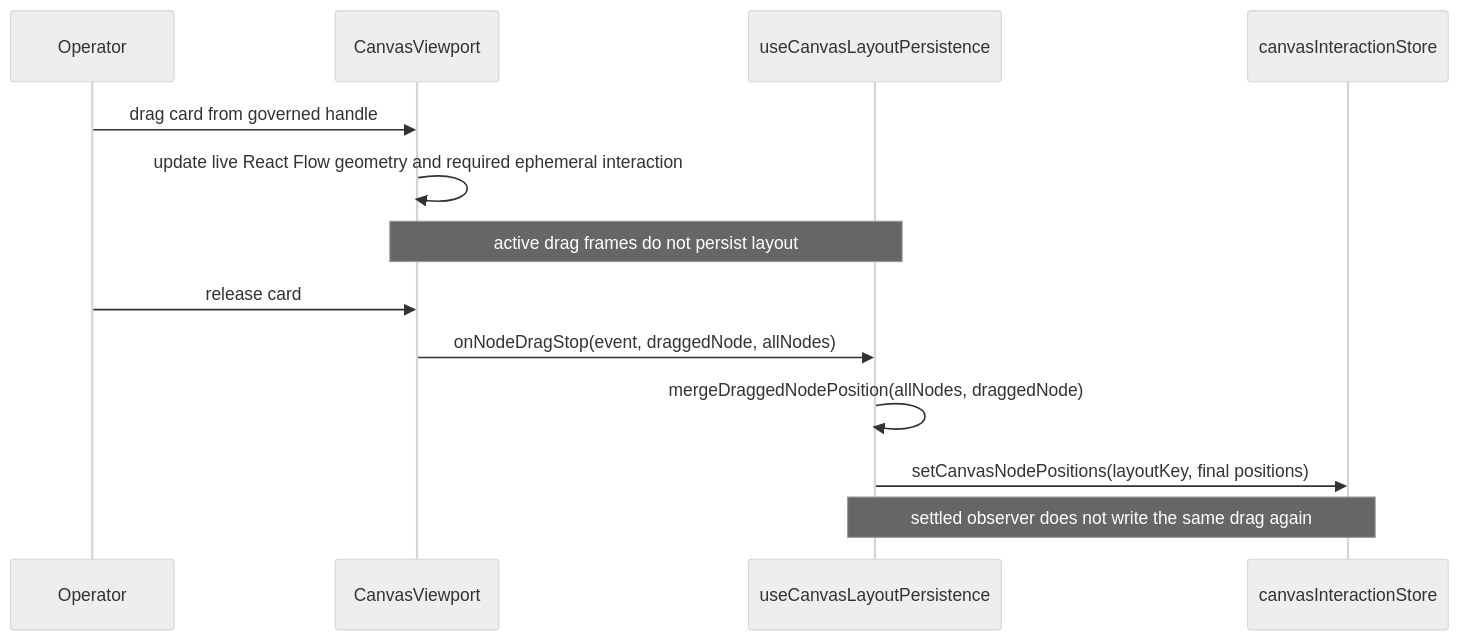
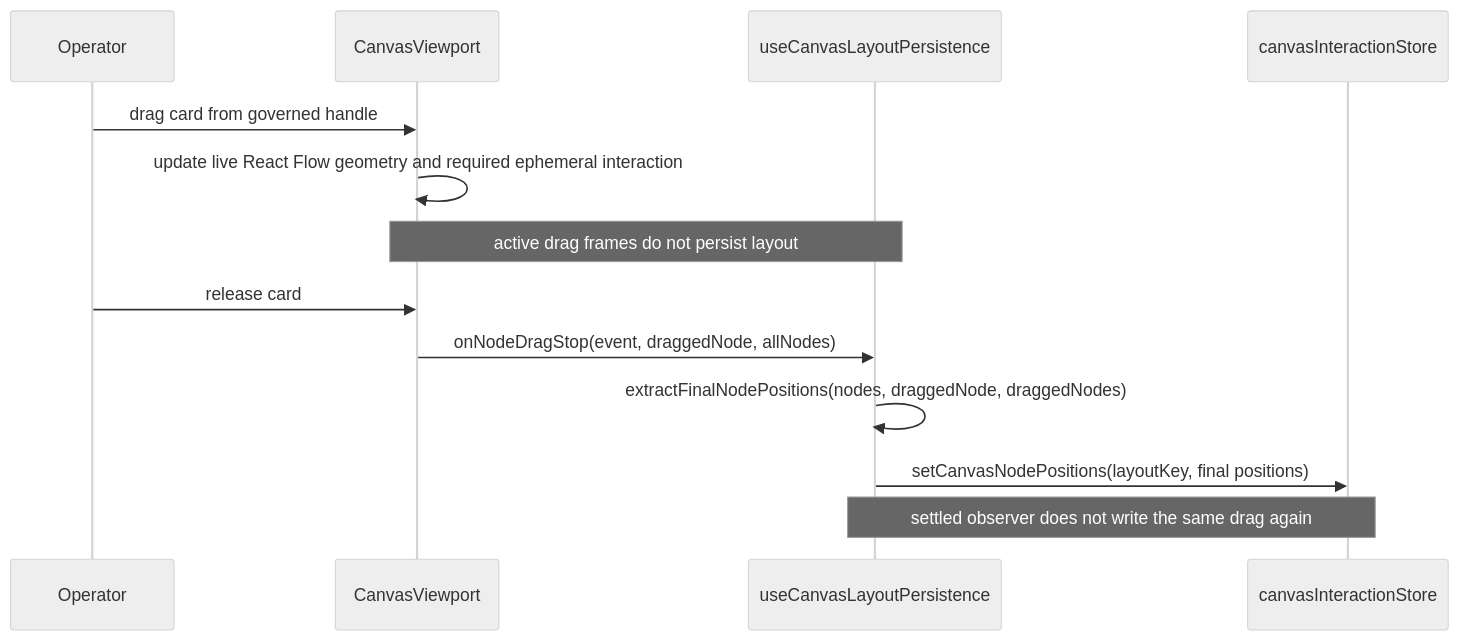
Before and after one commit to dunay2/dvt: the first of 4 diagrams in docs/architecture/components/web/graph/canvas-layout-persistence-component.md, drawn with Mermaid (neutral theme). The commit also changed other lines of this file and 3 other files, not shown here.

Commit message:
fix(web): Preserve all Canvas positions when a dragged selection settles

````diff
--- a/docs/architecture/components/web/graph/canvas-layout-persistence-component.md
+++ b/docs/architecture/components/web/graph/canvas-layout-persistence-component.md
@@ -126,16 +128,16 @@
 ```mermaid
 sequenceDiagram
   participant Operator
   participant Viewport as CanvasViewport
   participant Layout as useCanvasLayoutPersistence
   participant Store as canvasInteractionStore
 
   Operator->>Viewport: drag card from governed handle
   Viewport->>Viewport: update live React Flow geometry and required ephemeral interaction
   Note over Viewport,Layout: active drag frames do not persist layout
   Operator->>Viewport: release card
   Viewport->>Layout: onNodeDragStop(event, draggedNode, allNodes)
-  Layout->>Layout: mergeDraggedNodePosition(allNodes, draggedNode)
+  Layout->>Layout: extractFinalNodePositions(nodes, draggedNode, draggedNodes)
   Layout->>Store: setCanvasNodePositions(layoutKey, final positions)
   Note over Layout,Store: settled observer does not write the same drag again
 ```
````
